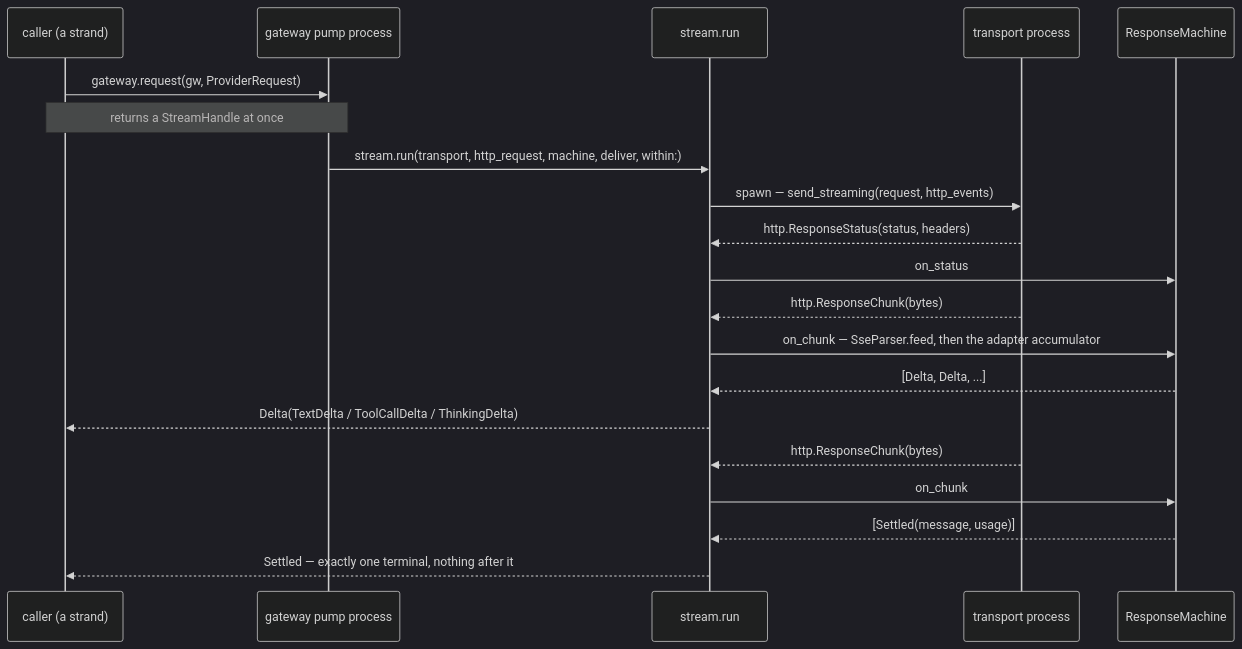
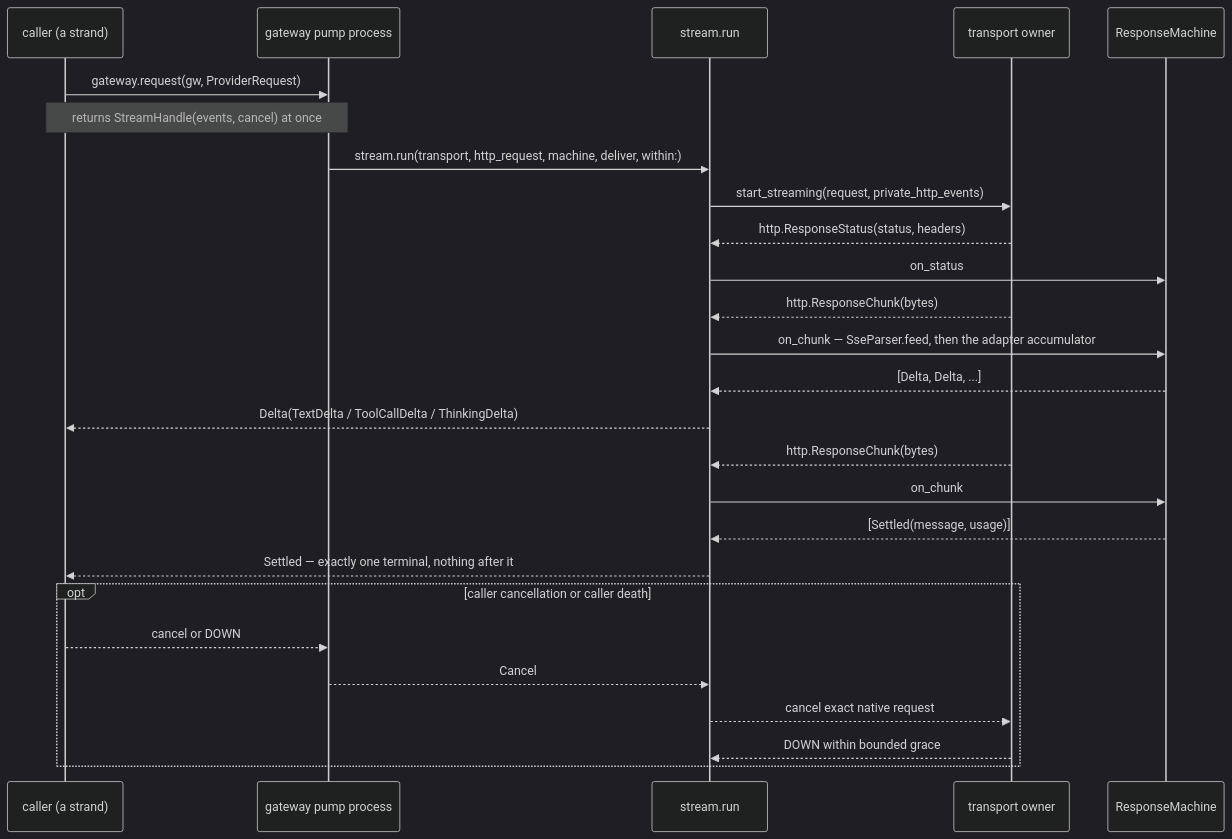
Before and after one commit to Roasbeef/loom: the first of 4 diagrams in packages/provider/README.md, drawn with Mermaid (dark theme). The commit also changed other lines of this file and 16 other files, not shown here.

````diff
--- a/packages/provider/README.md
+++ b/packages/provider/README.md
@@ -26,23 +26,29 @@
 ```mermaid
 sequenceDiagram
   participant C as caller (a strand)
   participant G as gateway pump process
   participant R as stream.run
-  participant T as transport process
+  participant T as transport owner
   participant M as ResponseMachine
 
   C->>G: gateway.request(gw, ProviderRequest)
-  Note over C,G: returns a StreamHandle at once
+  Note over C,G: returns StreamHandle(events, cancel) at once
   G->>R: stream.run(transport, http_request, machine, deliver, within:)
-  R->>T: spawn — send_streaming(request, http_events)
+  R->>T: start_streaming(request, private_http_events)
   T-->>R: http.ResponseStatus(status, headers)
   R->>M: on_status
   T-->>R: http.ResponseChunk(bytes)
   R->>M: on_chunk — SseParser.feed, then the adapter accumulator
   M-->>R: [Delta, Delta, ...]
   R-->>C: Delta(TextDelta / ToolCallDelta / ThinkingDelta)
   T-->>R: http.ResponseChunk(bytes)
   R->>M: on_chunk
   M-->>R: [Settled(message, usage)]
   R-->>C: Settled — exactly one terminal, nothing after it
+  opt caller cancellation or caller death
+    C-->>G: cancel or DOWN
+    G-->>R: Cancel
+    R-->>T: cancel exact native request
+    T-->>R: DOWN within bounded grace
+  end
 ```
````
